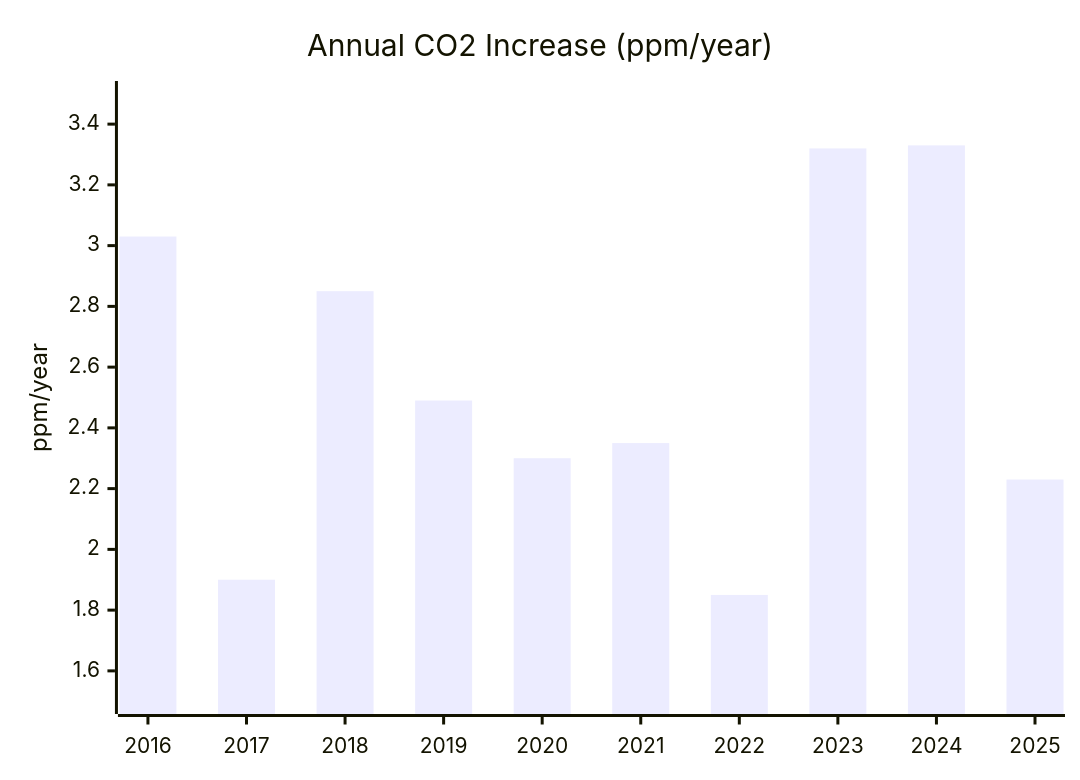
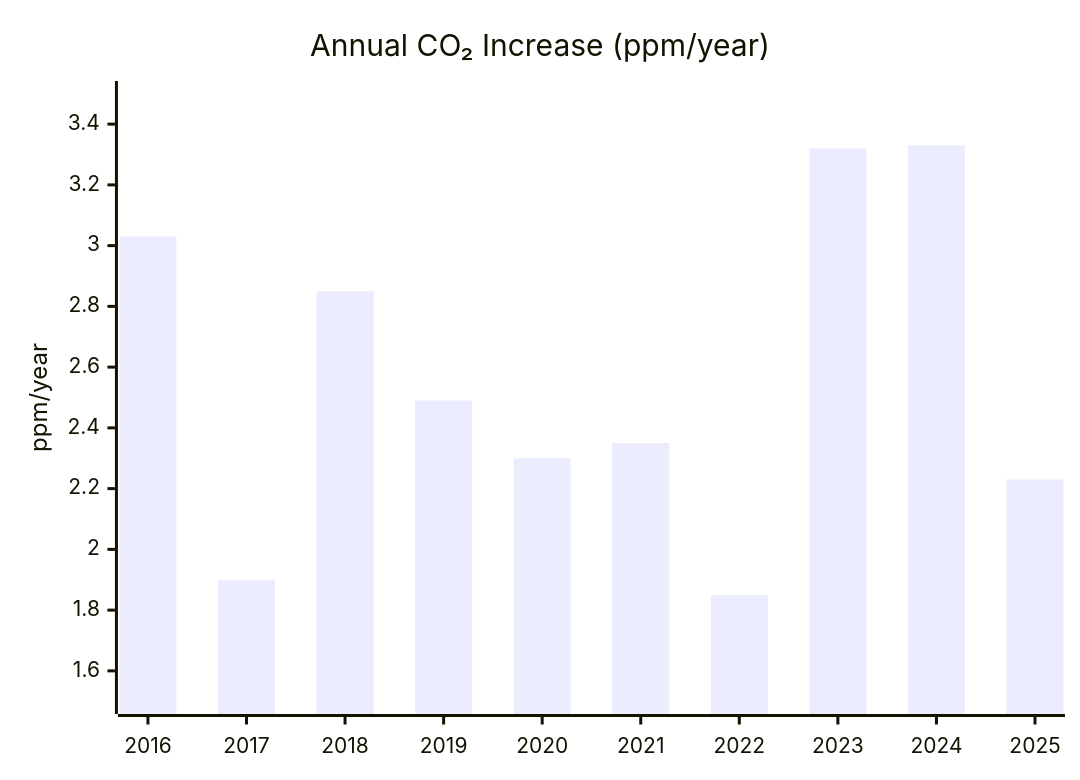
Before and after one commit to pasky/grand-endeavors: the second of 2 diagrams in 26H1/climate.md, drawn with Mermaid. The commit also changed other lines of this file, not shown here.

````diff
--- a/26H1/climate.md
+++ b/26H1/climate.md
@@ -43,7 +43,7 @@
 ```mermaid
 xychart-beta
-    title "Annual CO2 Increase (ppm/year)"
+    title "Annual CO₂ Increase (ppm/year)"
     x-axis [2016, 2017, 2018, 2019, 2020, 2021, 2022, 2023, 2024, 2025]
     y-axis "ppm/year" 1.5 --> 3.5
     bar [3.03, 1.90, 2.85, 2.49, 2.30, 2.35, 1.85, 3.32, 3.33, 2.23]
 ```
````
